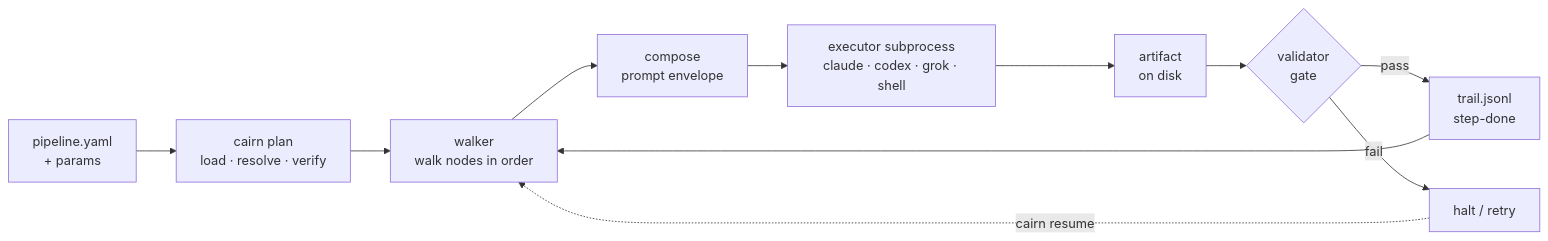
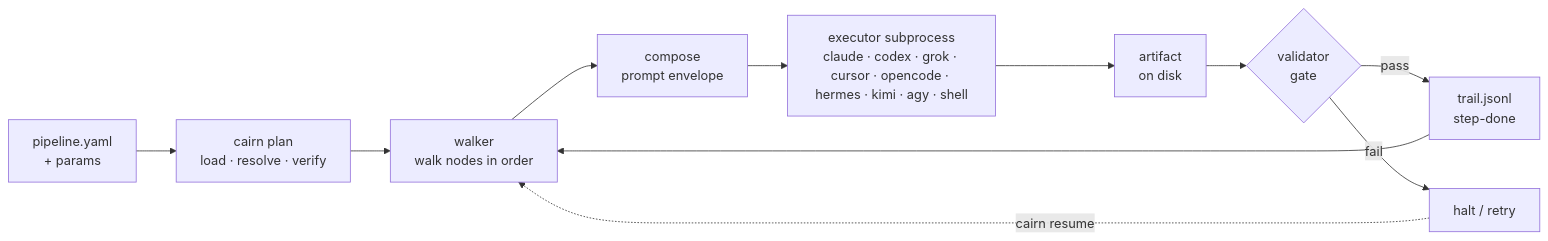
The diagram in README.md (gabros20/cairn), drawn with Mermaid before and after one commit. The commit also changed other lines of this file and 8 other files, not shown here.

First line of the commit message:
docs: ten-executor support surface — tables, diagrams, sandbox postures re-tensed

````diff
--- a/README.md
+++ b/README.md
@@ -77,13 +77,13 @@
 ```mermaid
 flowchart LR
     Y["pipeline.yaml<br/>+ params"] --> P["cairn plan<br/>load · resolve · verify"]
     P --> W["walker<br/>walk nodes in order"]
     W --> C["compose<br/>prompt envelope"]
-    C --> X["executor subprocess<br/>claude · codex · grok · shell"]
+    C --> X["executor subprocess<br/>claude · codex · grok · cursor · opencode · hermes · kimi · agy · shell"]
     X --> A["artifact<br/>on disk"]
     A --> V{"validator<br/>gate"}
     V -->|pass| T["trail.jsonl<br/>step-done"]
     V -->|fail| H["halt / retry"]
     T --> W
     H -. cairn resume .-> W
 ```
````
